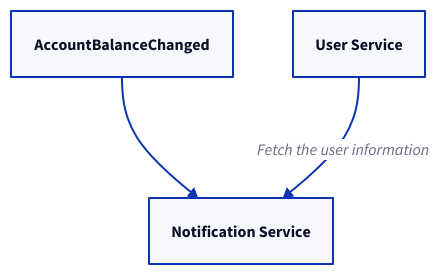
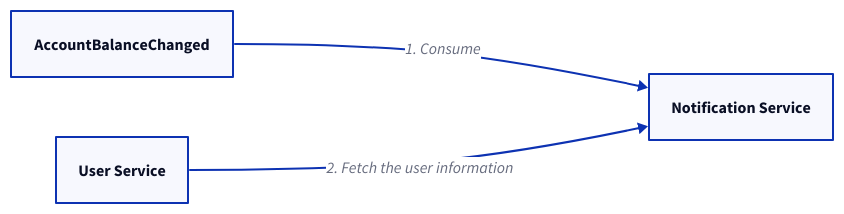
The first of 17 diagrams in content/docs/design-patterns/event-driven-architecture/event-sourcing.md (link1905/system-design-101), drawn with D2 before and after one commit. The commit also changed other lines of this file and 11 other files, not shown here.

````diff
--- a/content/docs/design-patterns/event-driven-architecture/event-sourcing.md
+++ b/content/docs/design-patterns/event-driven-architecture/event-sourcing.md
@@ -24,11 +22,14 @@
 ```d2
+direction: right
 u: User Service {
     class: server
 }
 n: Notification Service {
     class: server
 }
-m: "AccountBalanceChanged"
-n <- m
-n <- u: Fetch the user information
+m: "AccountBalanceChanged" {
+    class: msg
+}
+n <- m: 1. Consume
+n <- u: 2. Fetch the user information
 ```
````
